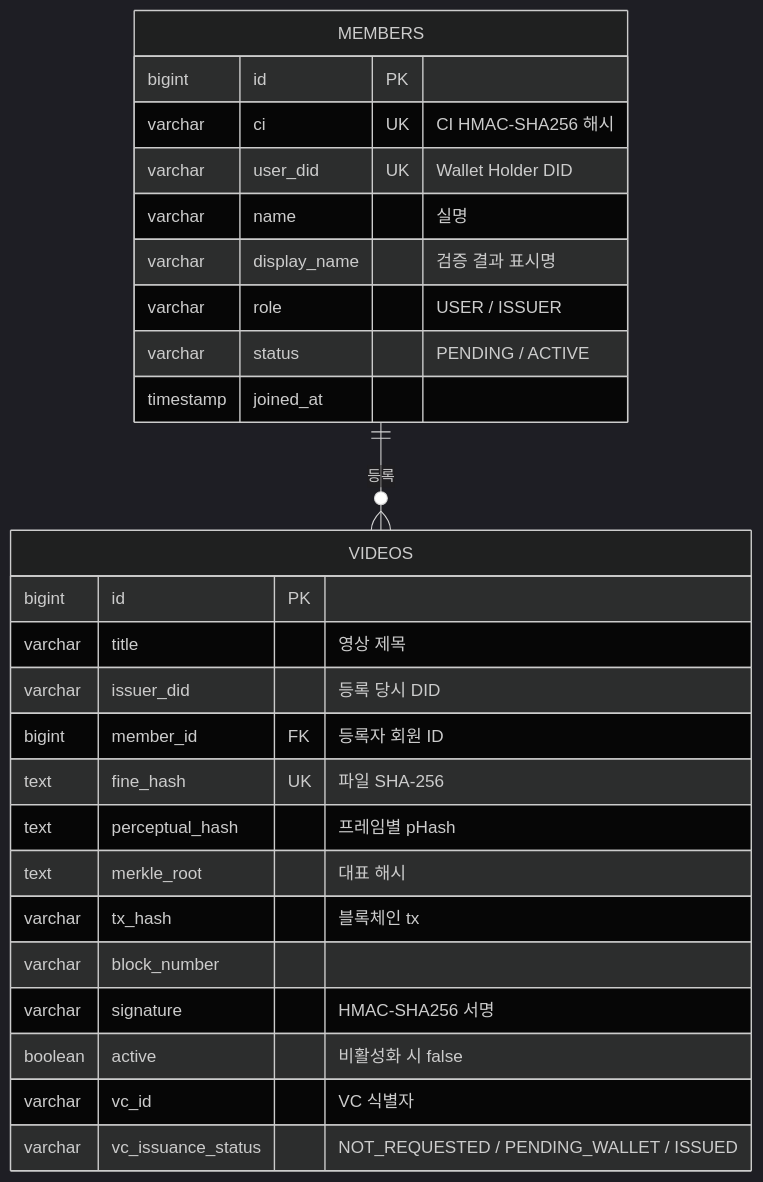
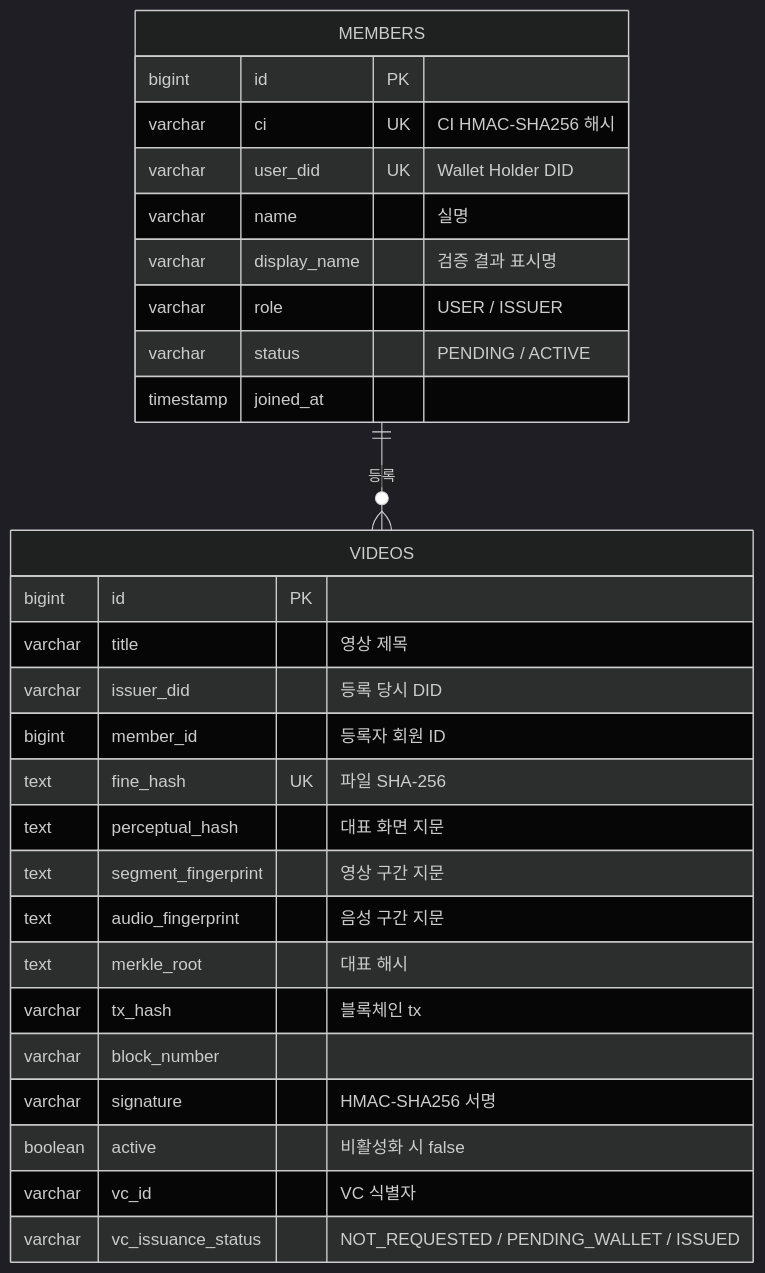
One commit to 2026-hackathon-Jinbon/jinbon-docs changed the first of 2 diagrams in dev-center/docs/developers/data/model.md. Above: the diagram before and after it, drawn with Mermaid (dark theme). The commit also changed other lines of this file and 22 other files, not shown here.

````diff
--- a/dev-center/docs/developers/data/model.md
+++ b/dev-center/docs/developers/data/model.md
@@ -7,29 +7,31 @@
 ```mermaid
 erDiagram
     MEMBERS ||--o{ VIDEOS : "등록"
     MEMBERS {
         bigint id PK
         varchar ci UK "CI HMAC-SHA256 해시"
         varchar user_did UK "Wallet Holder DID"
         varchar name "실명"
         varchar display_name "검증 결과 표시명"
         varchar role "USER / ISSUER"
         varchar status "PENDING / ACTIVE"
         timestamp joined_at
     }
     VIDEOS {
         bigint id PK
         varchar title "영상 제목"
         varchar issuer_did "등록 당시 DID"
-        bigint member_id FK "등록자 회원 ID"
+        bigint member_id "등록자 회원 ID"
         text fine_hash UK "파일 SHA-256"
-        text perceptual_hash "프레임별 pHash"
+        text perceptual_hash "대표 화면 지문"
+        text segment_fingerprint "영상 구간 지문"
+        text audio_fingerprint "음성 구간 지문"
         text merkle_root "대표 해시"
         varchar tx_hash "블록체인 tx"
         varchar block_number
         varchar signature "HMAC-SHA256 서명"
         boolean active "비활성화 시 false"
         varchar vc_id "VC 식별자"
         varchar vc_issuance_status "NOT_REQUESTED / PENDING_WALLET / ISSUED"
     }
 ```
````
